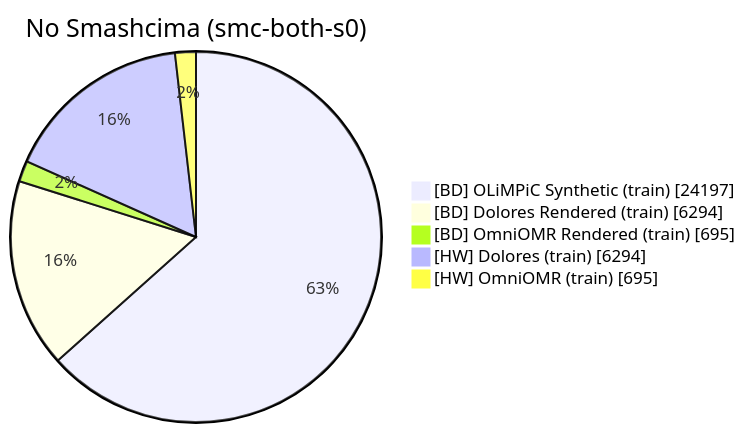
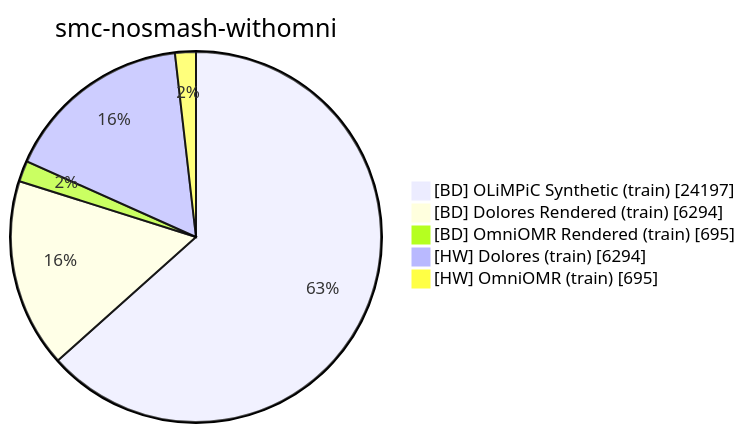
Before and after one commit to Jirka-Mayer/ijdar: the fourth of 8 diagrams in docs/smashcima.md, drawn with Mermaid. The commit also changed other lines of this file and 2 other files, not shown here.

Commit message:
Prepared smc baseline experiments

````diff
--- a/docs/smashcima.md
+++ b/docs/smashcima.md
@@ -59,8 +108,8 @@
 ```mermaid
-pie showData title No Smashcima (smc-both-s0)
+pie showData title smc-nosmash-withomni
     "[BD] OLiMPiC Synthetic (train)" : 24197
     "[BD] Dolores Rendered (train)" : 6294
     "[BD] OmniOMR Rendered (train)" : 695
     "[HW] Dolores (train)" : 6294
     "[HW] OmniOMR (train)" : 695
 ```
````
